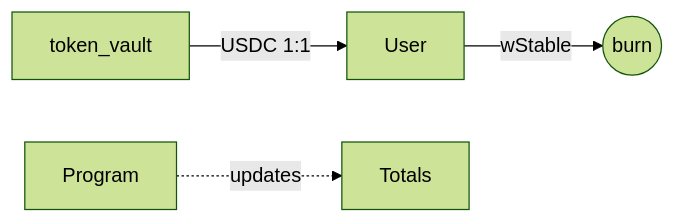
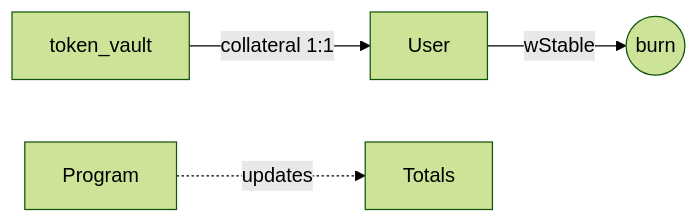
Before and after one commit to eregion-labs/wrap-stablecoin: the third of 5 diagrams in wiki/Architecture.md, drawn with Mermaid (forest theme). The commit also changed other lines of this file and 43 other files, not shown here.

````diff
--- a/wiki/Architecture.md
+++ b/wiki/Architecture.md
@@ -119,6 +119,6 @@
 ```mermaid
 flowchart LR
     User -->|wStable| Burn((burn))
-    TokenVault[token_vault] -->|USDC 1:1| User
+    TokenVault[token_vault] -->|collateral 1:1| User
     Program -. updates .-> Totals
 ```
````
